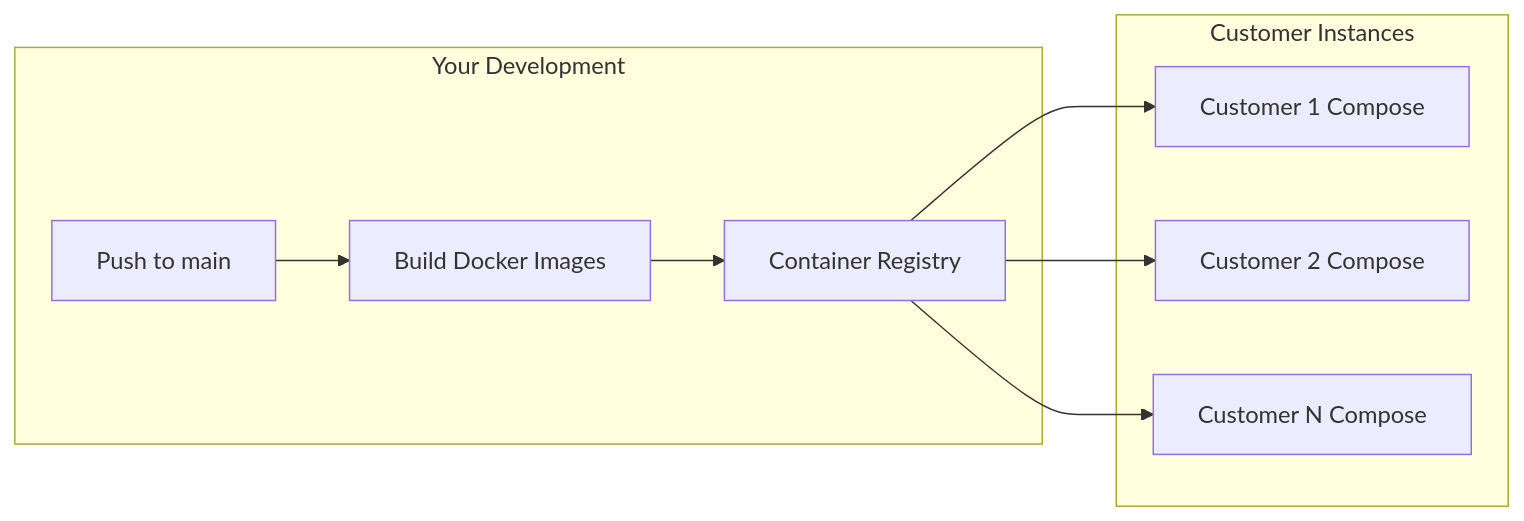
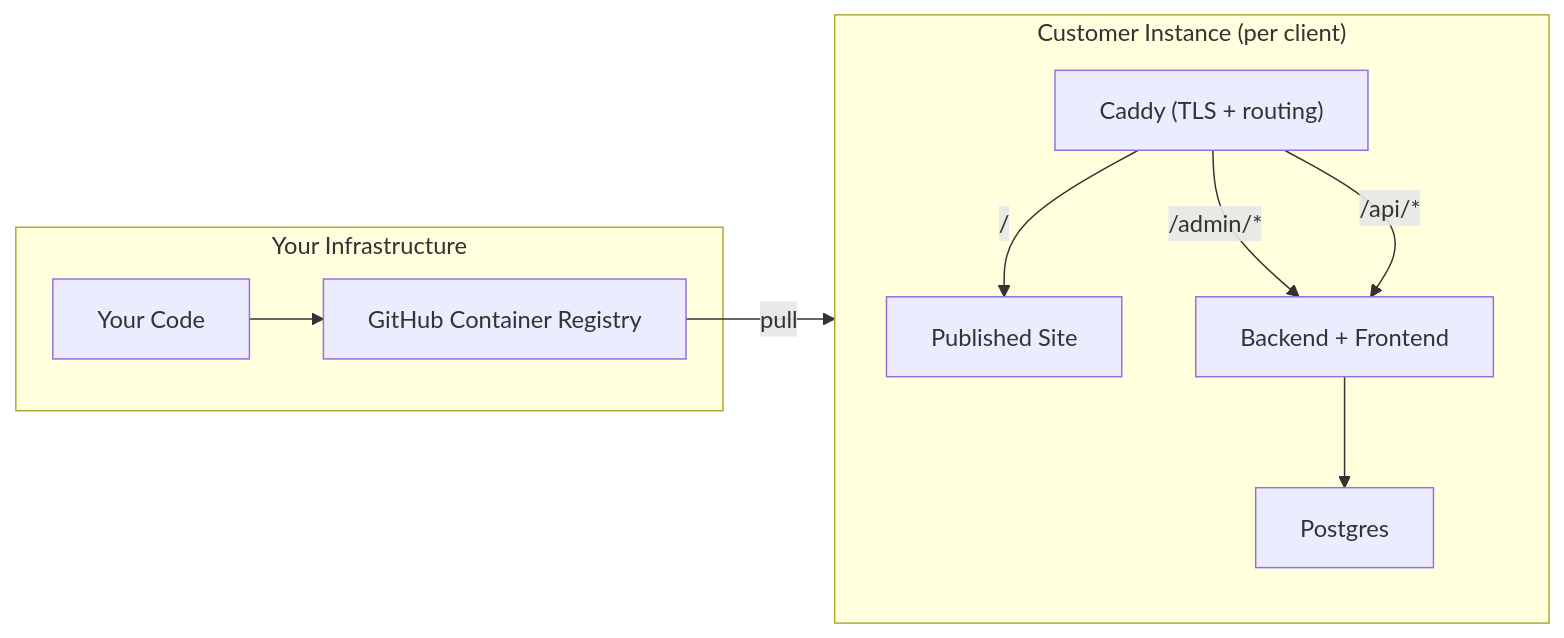
One commit to vivd-studio/vivd changed the diagram in implementation.md. Above: the diagram before and after it, drawn with Mermaid. The commit also changed other lines of this file and 11 other files, not shown here.

````diff
--- a/implementation.md
+++ b/implementation.md
@@ -99,19 +9,19 @@
 ```mermaid
 flowchart LR
-    subgraph Your_Dev["Your Development"]
-        Dev["Push to main"]
-        CI["Build Docker Images"]
-        Registry["Container Registry"]
+    subgraph Customer["Customer Instance (per client)"]
+        Caddy["Caddy (TLS + routing)"]
+        App["Backend + Frontend"]
+        DB["Postgres"]
+
+        Caddy -->|"/"| Sites["Published Site"]
+        Caddy -->|"/admin/*"| App
+        Caddy -->|"/api/*"| App
+        App --> DB
     end
 
-    subgraph Customers["Customer Instances"]
-        C1["Customer 1 Compose"]
-        C2["Customer 2 Compose"]
-        C3["Customer N Compose"]
+    subgraph You["Your Infrastructure"]
+        Dev["Your Code"] --> GHCR["GitHub Container Registry"]
     end
 
-    Dev --> CI --> Registry
-    Registry --> C1
-    Registry --> C2
-    Registry --> C3
+    GHCR -->|"pull"| Customer
 ```
````
